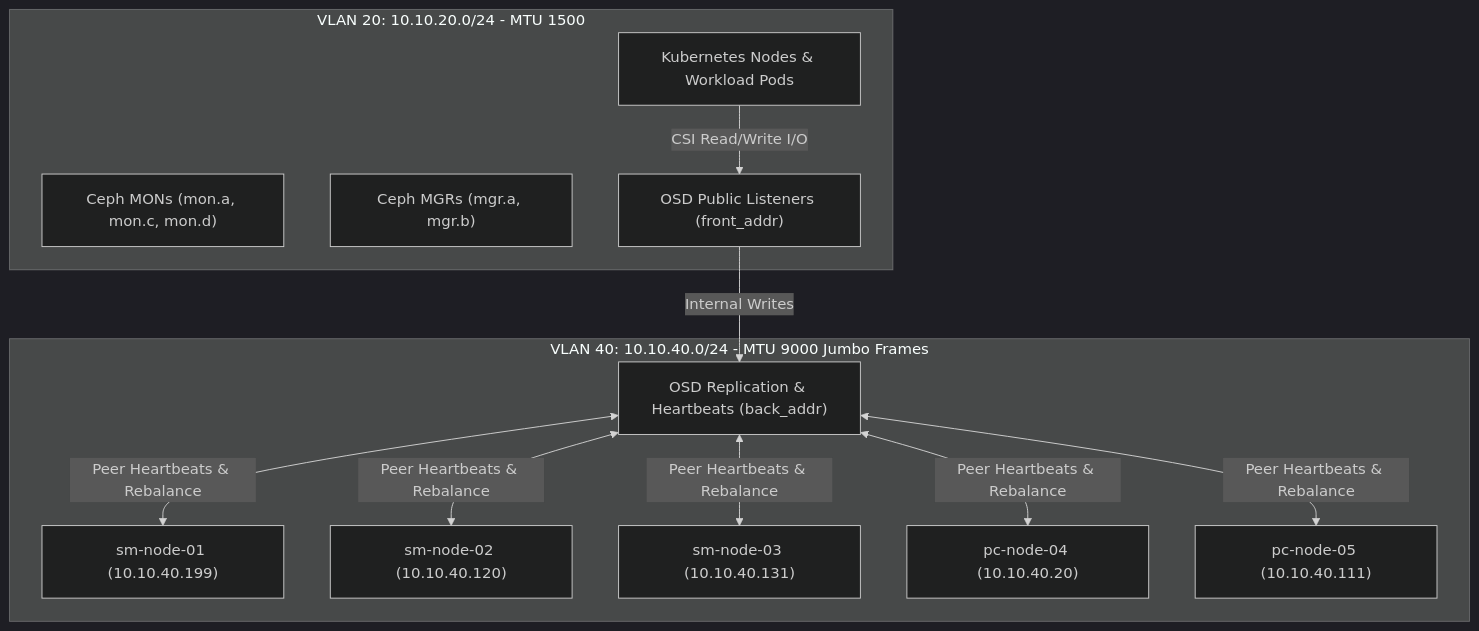
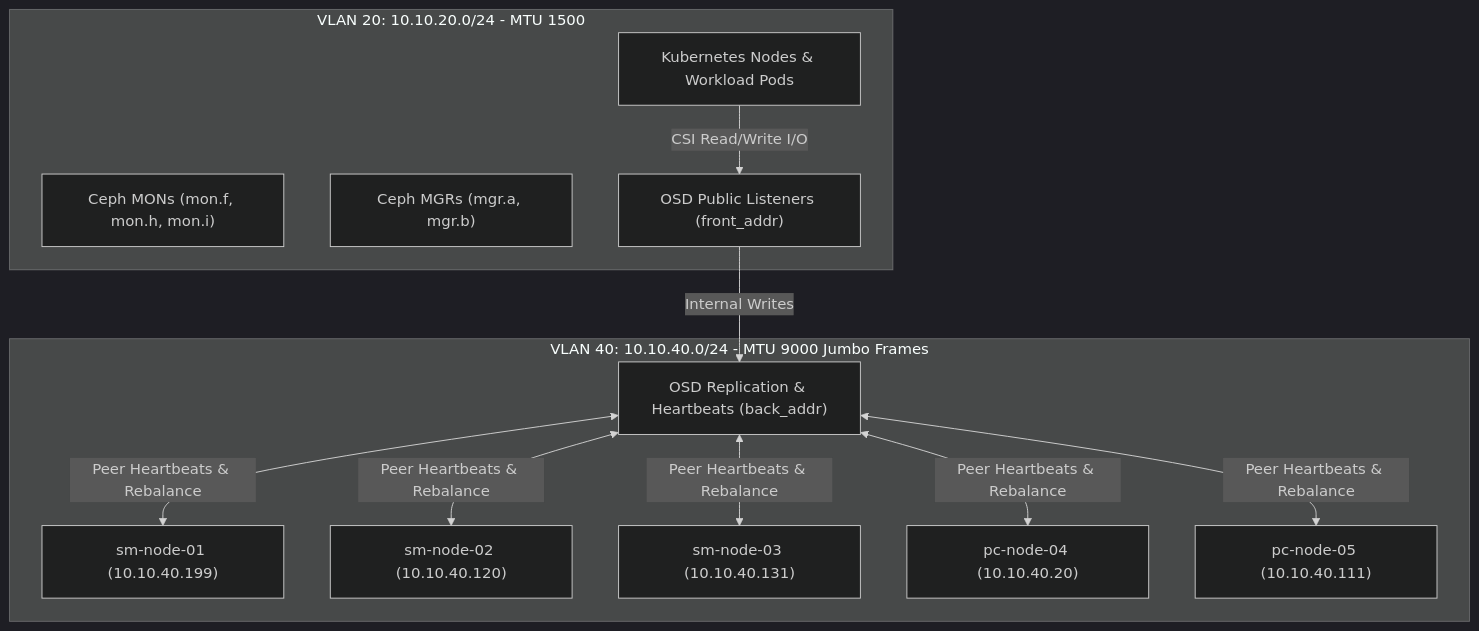
The diagram in docs/104-phase2-rook-ceph-storage.md (bar2sek/personal-technology), drawn with Mermaid (dark theme) before and after one commit. The commit also changed other lines of this file and 27 other files, not shown here.

````diff
--- a/docs/104-phase2-rook-ceph-storage.md
+++ b/docs/104-phase2-rook-ceph-storage.md
@@ -40,26 +43,26 @@
 ```mermaid
 graph TD
     subgraph Client & K8s Plane [VLAN 20: 10.10.20.0/24 - MTU 1500]
         K8S["Kubernetes Nodes & Workload Pods"]
-        MON["Ceph MONs (mon.a, mon.c, mon.d)"]
+        MON["Ceph MONs (mon.f, mon.h, mon.i)"]
         MGR["Ceph MGRs (mgr.a, mgr.b)"]
         FRONT["OSD Public Listeners (front_addr)"]
     end
 
     subgraph Storage Backplane [VLAN 40: 10.10.40.0/24 - MTU 9000 Jumbo Frames]
         BACK["OSD Replication & Heartbeats (back_addr)"]
         OSD1["sm-node-01 (10.10.40.199)"]
         OSD2["sm-node-02 (10.10.40.120)"]
         OSD3["sm-node-03 (10.10.40.131)"]
         OSD4["pc-node-04 (10.10.40.20)"]
         OSD5["pc-node-05 (10.10.40.111)"]
     end
 
     K8S -->|CSI Read/Write I/O| FRONT
     FRONT -->|Internal Writes| BACK
     BACK <-->|Peer Heartbeats & Rebalance| OSD1
     BACK <-->|Peer Heartbeats & Rebalance| OSD2
     BACK <-->|Peer Heartbeats & Rebalance| OSD3
     BACK <-->|Peer Heartbeats & Rebalance| OSD4
     BACK <-->|Peer Heartbeats & Rebalance| OSD5
 ```
````
